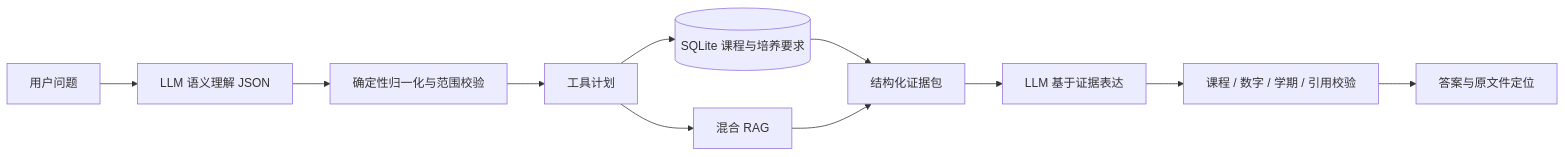
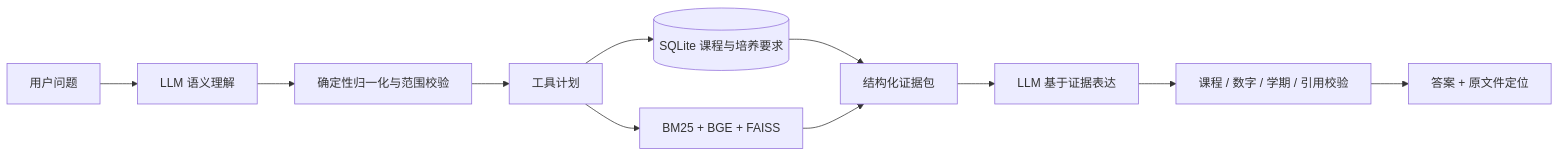
Before and after one commit to ZorIgn/swufe-rag: the diagram in README.md, drawn with Mermaid. The commit also changed other lines of this file, not shown here.

````diff
--- a/README.md
+++ b/README.md
@@ -41,13 +49,13 @@
 ```mermaid
 flowchart LR
-    Q[用户问题] --> U[LLM 语义理解 JSON]
+    Q[用户问题] --> U[LLM 语义理解]
     U --> N[确定性归一化与范围校验]
     N --> P[工具计划]
     P --> S[(SQLite 课程与培养要求)]
-    P --> R[混合 RAG]
+    P --> R[BM25 + BGE + FAISS]
     S --> E[结构化证据包]
     R --> E
     E --> G[LLM 基于证据表达]
     G --> V[课程 / 数字 / 学期 / 引用校验]
-    V --> A[答案与原文件定位]
+    V --> A[答案 + 原文件定位]
 ```
````
